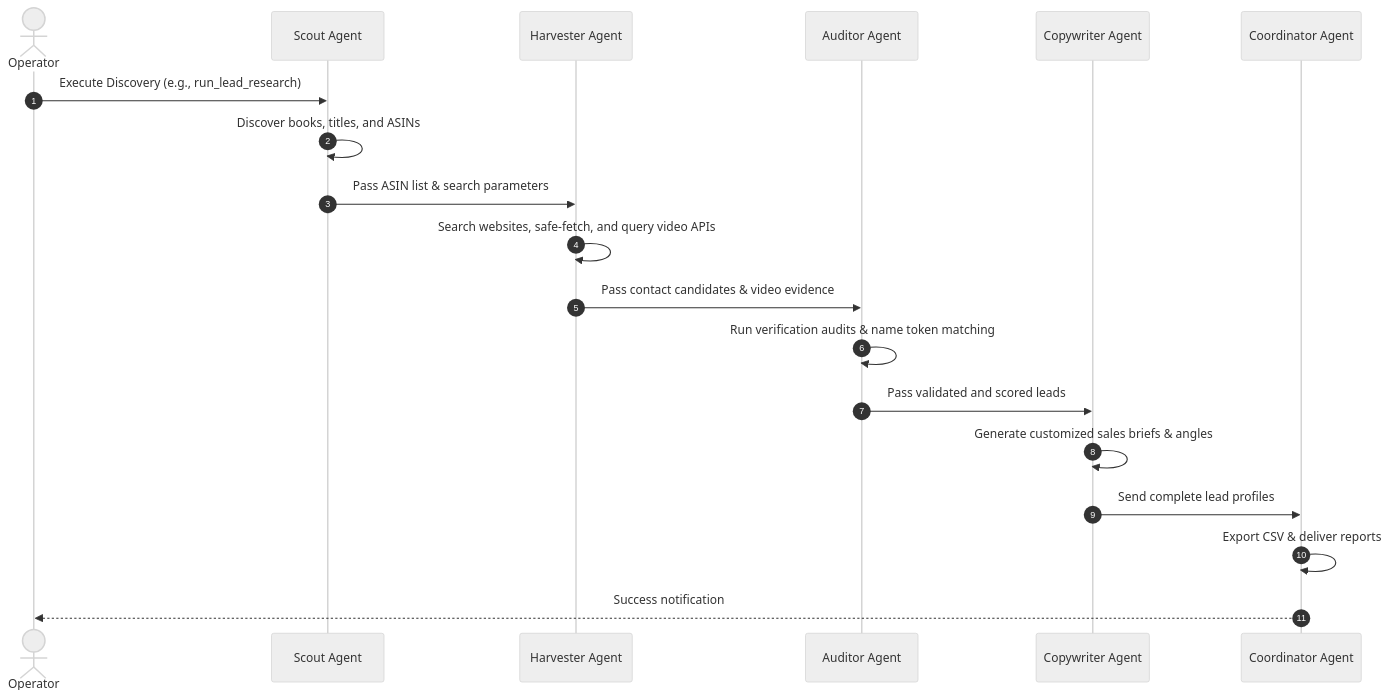
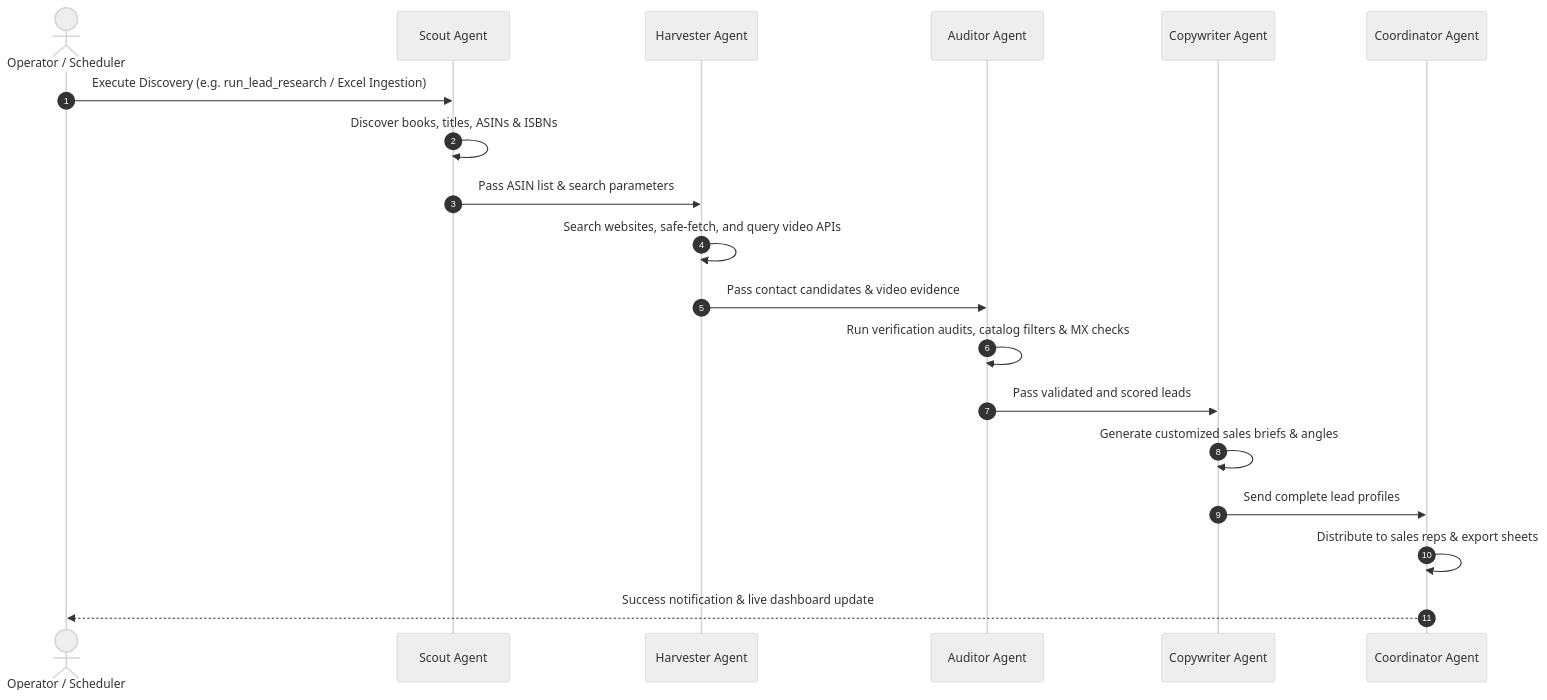
Before and after one commit to Aziz-khan88/amzon-lead: the second of 2 diagrams in AGENTS.md, drawn with Mermaid (neutral theme). The commit also changed other lines of this file and 9 other files, not shown here.

Commit message:
Add complete production-ready project documentation suite (README, ARCHITECTURE, API, SETUP, USER_GUIDE, CLI_REFERENCE, CONTRIBUTING, CHANGELOG, DEPLOYMENT)

````diff
--- a/AGENTS.md
+++ b/AGENTS.md
@@ -111,22 +120,22 @@
 ```mermaid
 sequenceDiagram
     autonumber
-    actor CLI/UI as Operator
+    actor CLI/UI as Operator / Scheduler
     participant Scout as Scout Agent
     participant Harvester as Harvester Agent
     participant Auditor as Auditor Agent
     participant Copywriter as Copywriter Agent
     participant Coordinator as Coordinator Agent
 
-    CLI/UI->>Scout: Execute Discovery (e.g., run_lead_research)
-    Scout->>Scout: Discover books, titles, and ASINs
+    CLI/UI->>Scout: Execute Discovery (e.g. run_lead_research / Excel Ingestion)
+    Scout->>Scout: Discover books, titles, ASINs & ISBNs
     Scout->>Harvester: Pass ASIN list & search parameters
     Harvester->>Harvester: Search websites, safe-fetch, and query video APIs
     Harvester->>Auditor: Pass contact candidates & video evidence
-    Auditor->>Auditor: Run verification audits & name token matching
+    Auditor->>Auditor: Run verification audits, catalog filters & MX checks
     Auditor->>Copywriter: Pass validated and scored leads
     Copywriter->>Copywriter: Generate customized sales briefs & angles
     Copywriter->>Coordinator: Send complete lead profiles
-    Coordinator->>Coordinator: Export CSV & deliver reports
-    Coordinator-->>CLI/UI: Success notification
+    Coordinator->>Coordinator: Distribute to sales reps & export sheets
+    Coordinator-->>CLI/UI: Success notification & live dashboard update
 ```
````
